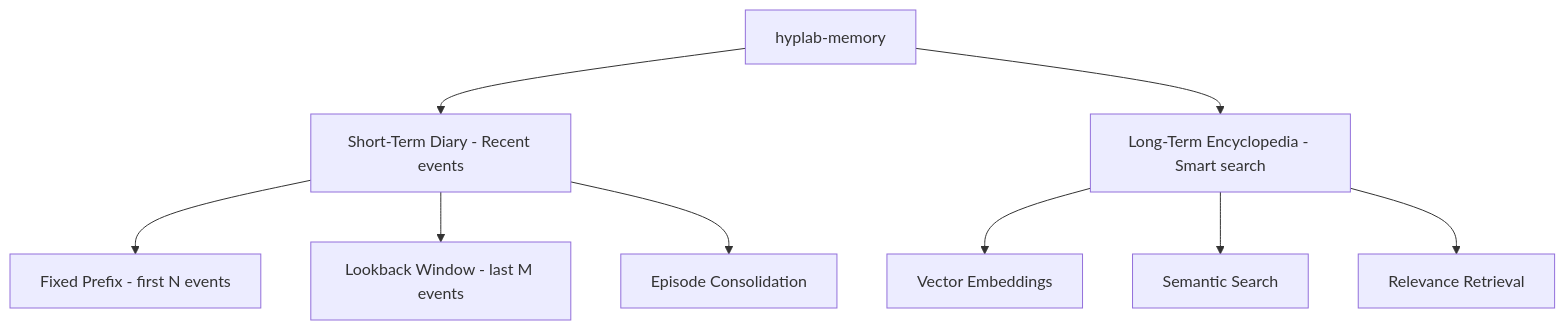
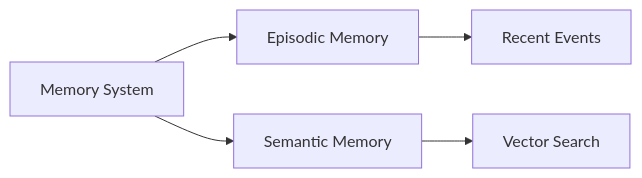
The fifth of 16 diagrams in books/ai-simulation.md (Param-Harrison/ebook-writer), drawn with Mermaid before and after one commit. The commit also changed other lines of this file and 35 other files, not shown here.

````diff
--- a/books/ai-simulation.md
+++ b/books/ai-simulation.md
@@ -217,13 +231,8 @@
 ```mermaid
-graph TB
-    A[hyplab-memory] --> B[Short-Term Diary - Recent events]
-    A --> C[Long-Term Encyclopedia - Smart search]
+flowchart LR
+    Memory[Memory System] --> Episodic[Episodic Memory]
+    Memory --> Semantic[Semantic Memory]
     
-    B --> B1[Fixed Prefix - first N events]
-    B --> B2[Lookback Window - last M events]
-    B --> B3[Episode Consolidation]
-    
-    C --> C1[Vector Embeddings]
-    C --> C2[Semantic Search]
-    C --> C3[Relevance Retrieval]
+    Episodic --> Recent[Recent Events]
+    Semantic --> Search[Vector Search]
 ```
````
